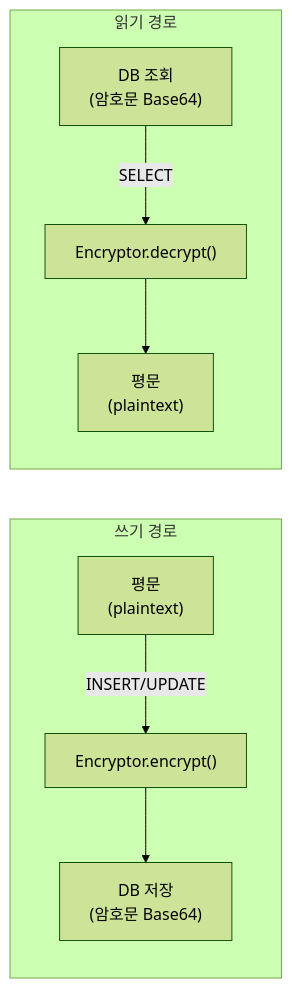
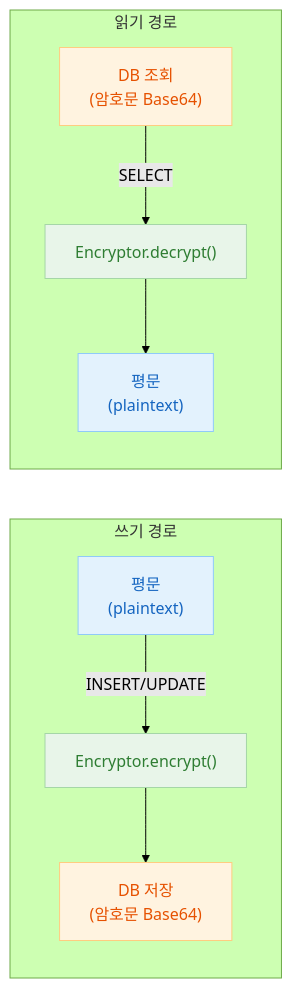
Before and after one commit to bluetape4k/exposed-workshop: the first of 2 diagrams in 06-advanced/01-exposed-crypt/README.md, drawn with Mermaid (forest theme). The commit also changed other lines of this file and 56 other files, not shown here.

First line of the commit message:
docs: 전체 README mermaid 다이어그램에 파스텔 톤 색상 적용

````diff
--- a/06-advanced/01-exposed-crypt/README.md
+++ b/06-advanced/01-exposed-crypt/README.md
@@ -23,17 +23,25 @@
 ```mermaid
 flowchart LR
     subgraph Write["쓰기 경로"]
         PW["평문\n(plaintext)"]
         ENC["Encryptor.encrypt()"]
         DB_W["DB 저장\n(암호문 Base64)"]
     end
 
     subgraph Read["읽기 경로"]
         DB_R["DB 조회\n(암호문 Base64)"]
         DEC["Encryptor.decrypt()"]
         PR["평문\n(plaintext)"]
     end
 
     PW -->|INSERT/UPDATE| ENC --> DB_W
     DB_R -->|SELECT| DEC --> PR
+
+    classDef blue fill:#E3F2FD,stroke:#90CAF9,color:#1565C0
+    classDef green fill:#E8F5E9,stroke:#A5D6A7,color:#2E7D32
+    classDef orange fill:#FFF3E0,stroke:#FFCC80,color:#E65100
+
+    class PW,PR blue
+    class ENC,DEC green
+    class DB_W,DB_R orange
 ```
````
